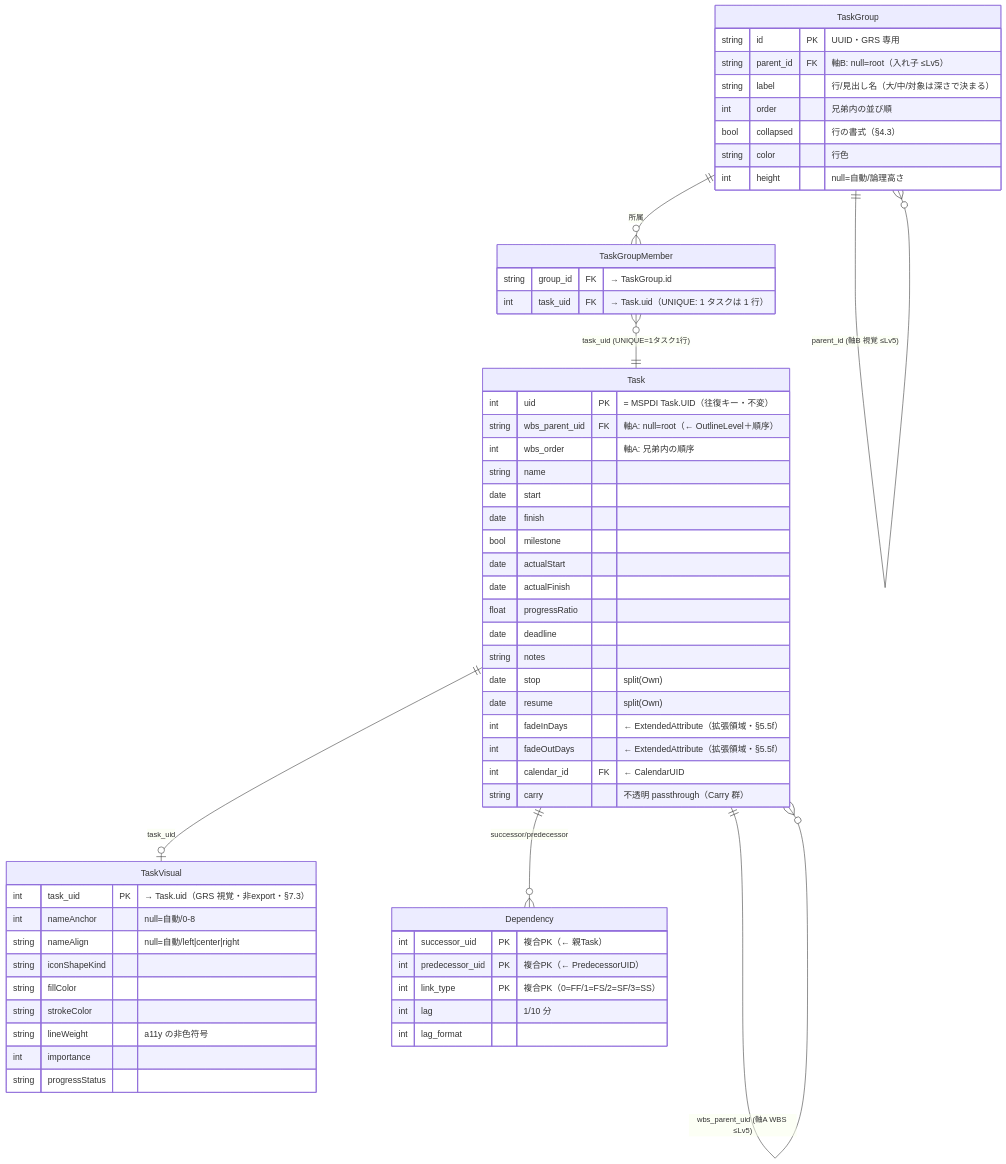
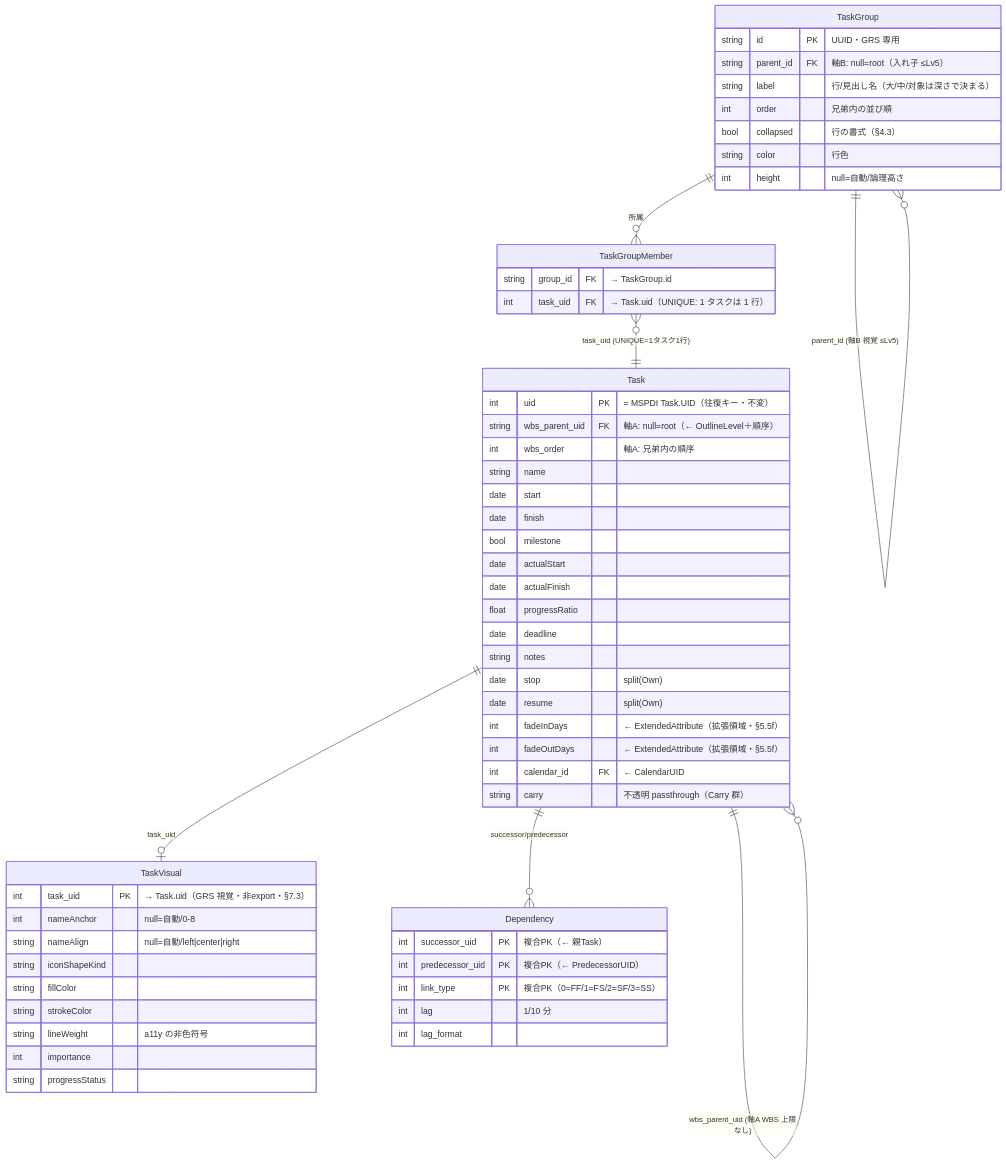
One commit to GoodRelax/gr-scheduler changed the second of 2 diagrams in handover/02-data-model/grs-data-model-ja.md. Above: the diagram before and after it, drawn with Mermaid. The commit also changed other lines of this file and 6 other files, not shown here.

First line of the commit message:
Stop clamping WBS depth; count it from the parent chain

````diff
--- a/handover/02-data-model/grs-data-model-ja.md
+++ b/handover/02-data-model/grs-data-model-ja.md
@@ -65,61 +65,61 @@
 ```mermaid
 erDiagram
-    Task ||--o{ Task : "wbs_parent_uid (軸A WBS ≤Lv5)"
+    Task ||--o{ Task : "wbs_parent_uid (軸A WBS 上限なし)"
     TaskGroup ||--o{ TaskGroup : "parent_id (軸B 視覚 ≤Lv5)"
     TaskGroup ||--o{ TaskGroupMember : "所属"
     TaskGroupMember }o--|| Task : "task_uid (UNIQUE=1タスク1行)"
     Task ||--o| TaskVisual : "task_uid"
     Task ||--o{ Dependency : "successor/predecessor"
 
     Task {
         int uid PK "= MSPDI Task.UID（往復キー・不変）"
         string wbs_parent_uid FK "軸A: null=root（← OutlineLevel＋順序）"
         int wbs_order "軸A: 兄弟内の順序"
         string name
         date start
         date finish
         bool milestone
         date actualStart
         date actualFinish
         float progressRatio
         date deadline
         string notes
         date stop "split(Own)"
         date resume "split(Own)"
         int fadeInDays "← ExtendedAttribute（拡張領域・§5.5f）"
         int fadeOutDays "← ExtendedAttribute（拡張領域・§5.5f）"
         int calendar_id FK "← CalendarUID"
         string carry "不透明 passthrough（Carry 群）"
     }
     TaskGroup {
         string id PK "UUID・GRS 専用"
         string parent_id FK "軸B: null=root（入れ子 ≤Lv5）"
         string label "行/見出し名（大/中/対象は深さで決まる）"
         int order "兄弟内の並び順"
         bool collapsed "行の書式（§4.3）"
         string color "行色"
         int height "null=自動/論理高さ"
     }
     TaskGroupMember {
         string group_id FK "→ TaskGroup.id"
         int task_uid FK "→ Task.uid（UNIQUE: 1 タスクは 1 行）"
     }
     TaskVisual {
         int task_uid PK "→ Task.uid（GRS 視覚・非export・§7.3）"
         int nameAnchor "null=自動/0-8"
         string nameAlign "null=自動/left|center|right"
         string iconShapeKind
         string fillColor
         string strokeColor
         string lineWeight "a11y の非色符号"
         int importance
         string progressStatus
     }
     Dependency {
         int successor_uid PK "複合PK（← 親Task）"
         int predecessor_uid PK "複合PK（← PredecessorUID）"
         int link_type PK "複合PK（0=FF/1=FS/2=SF/3=SS）"
         int lag "1/10 分"
         int lag_format
     }
 ```
````
